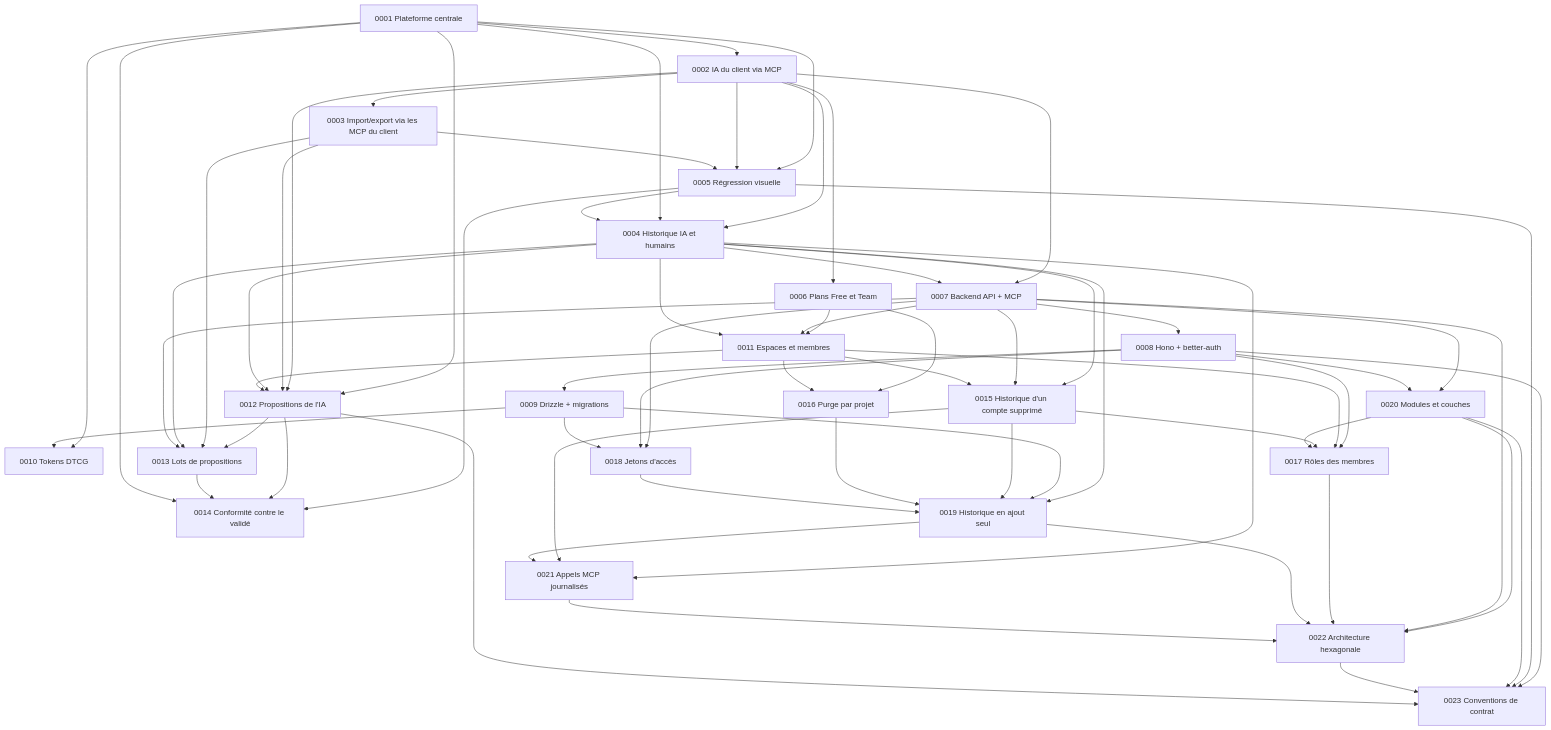
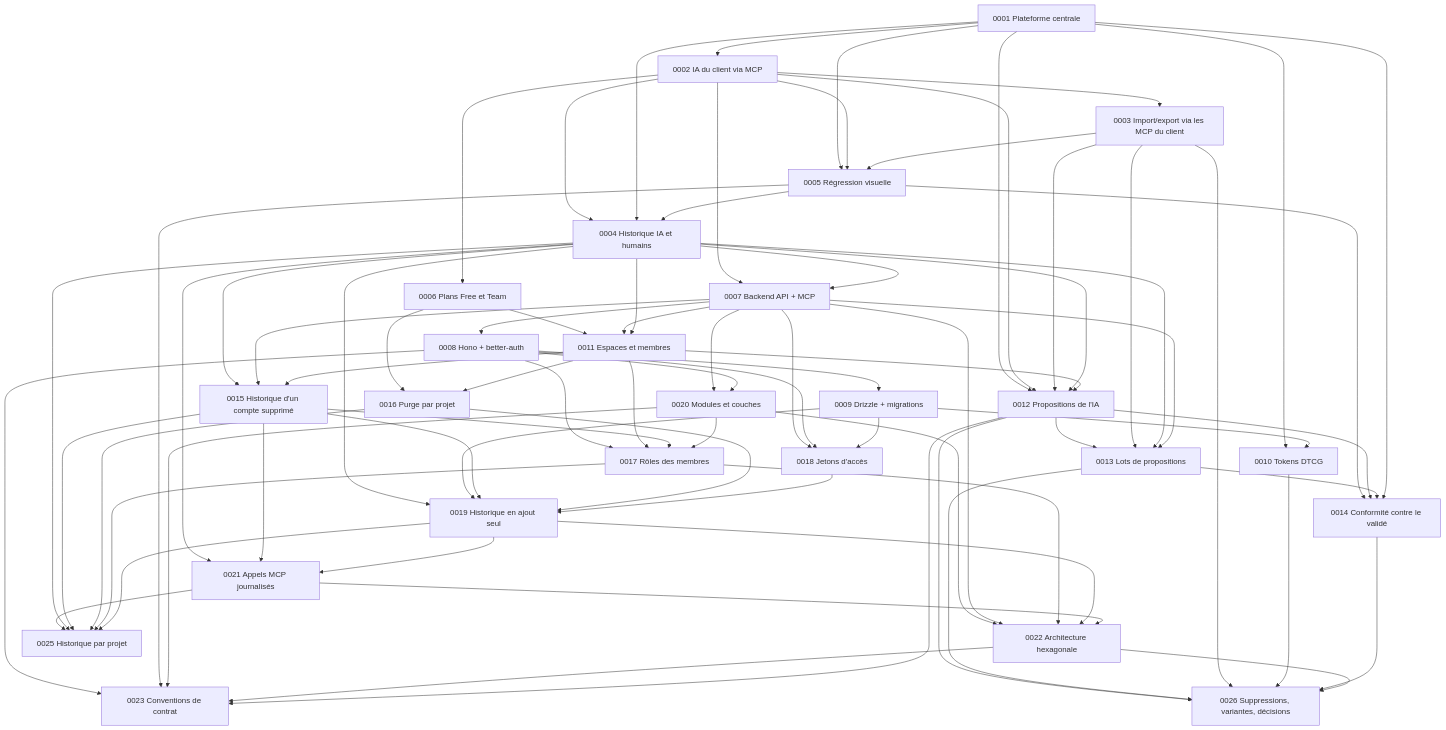
The diagram in docs/adr/README.md (Muhammed21/dezyn), drawn with Mermaid before and after one commit. The commit also changed other lines of this file and 7 other files, not shown here.

````diff
--- a/docs/adr/README.md
+++ b/docs/adr/README.md
@@ -35,66 +37,78 @@
 ```mermaid
 graph TD
   0001[0001 Plateforme centrale] --> 0002[0002 IA du client via MCP]
   0002 --> 0003[0003 Import/export via les MCP du client]
   0002 --> 0004[0004 Historique IA et humains]
   0001 --> 0004
   0001 --> 0005[0005 Régression visuelle]
   0002 --> 0005
   0003 --> 0005
   0005 --> 0004
   0002 --> 0006[0006 Plans Free et Team]
   0002 --> 0007[0007 Backend API + MCP]
   0004 --> 0007
   0007 --> 0008[0008 Hono + better-auth]
   0008 --> 0009[0009 Drizzle + migrations]
   0001 --> 0010[0010 Tokens DTCG]
   0009 --> 0010
   0006 --> 0011[0011 Espaces et membres]
   0007 --> 0011
   0004 --> 0011
   0001 --> 0012[0012 Propositions de l'IA]
   0002 --> 0012
   0003 --> 0012
   0004 --> 0012
   0011 --> 0012
   0012 --> 0013[0013 Lots de propositions]
   0003 --> 0013
   0004 --> 0013
   0007 --> 0013
   0005 --> 0014[0014 Conformité contre le validé]
   0012 --> 0014
   0013 --> 0014
   0001 --> 0014
   0004 --> 0015[0015 Historique d'un compte supprimé]
   0007 --> 0015
   0011 --> 0015
   0006 --> 0016[0016 Purge par projet]
   0011 --> 0016
   0008 --> 0017[0017 Rôles des membres]
   0011 --> 0017
   0015 --> 0017
   0007 --> 0018[0018 Jetons d'accès]
   0008 --> 0018
   0009 --> 0018
   0004 --> 0019[0019 Historique en ajout seul]
   0009 --> 0019
   0015 --> 0019
   0016 --> 0019
   0018 --> 0019
   0007 --> 0020[0020 Modules et couches]
   0008 --> 0020
   0020 --> 0017
   0004 --> 0021[0021 Appels MCP journalisés]
   0015 --> 0021
   0019 --> 0021
   0020 --> 0022[0022 Architecture hexagonale]
   0007 --> 0022
   0017 --> 0022
   0019 --> 0022
   0008 --> 0023[0023 Conventions de contrat]
   0005 --> 0023
   0020 --> 0023
   0022 --> 0023
   0021 --> 0022
   0012 --> 0023
+  0021 --> 0025[0025 Historique par projet]
+  0004 --> 0025
+  0015 --> 0025
+  0016 --> 0025
+  0017 --> 0025
+  0019 --> 0025
+  0012 --> 0026[0026 Suppressions, variantes, décisions]
+  0013 --> 0026
+  0003 --> 0026
+  0010 --> 0026
+  0014 --> 0026
+  0022 --> 0026
 ```
````
